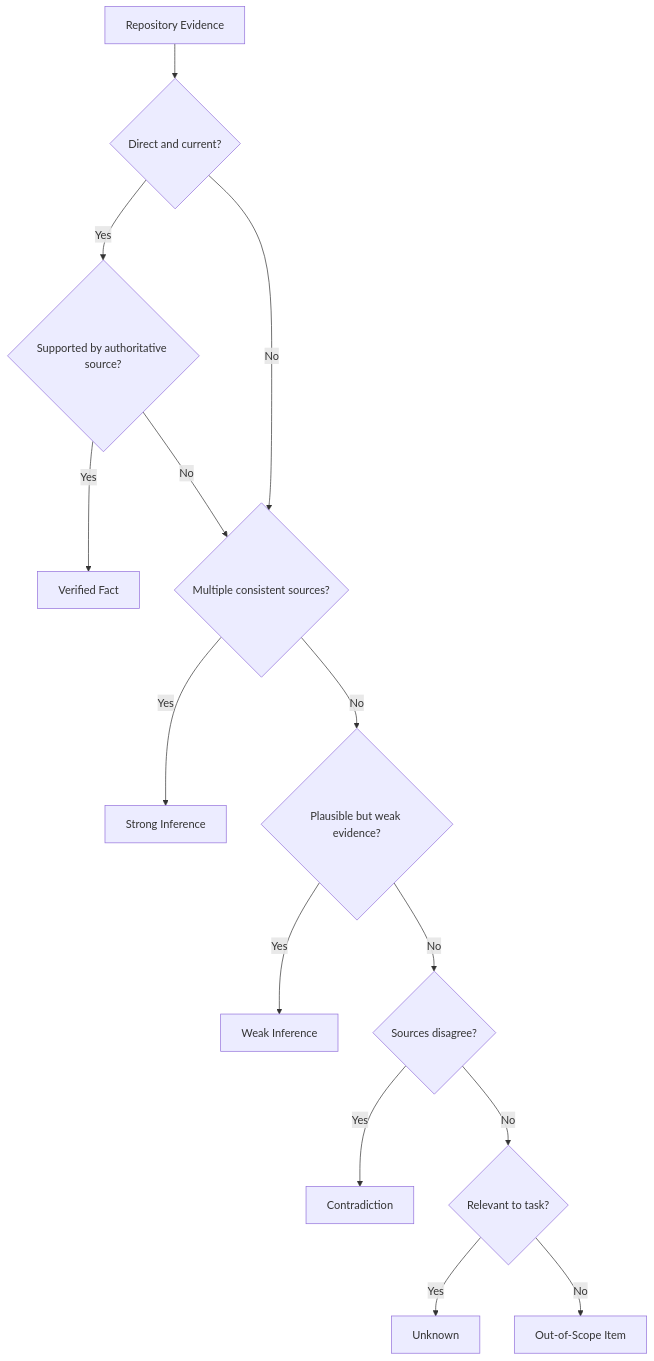
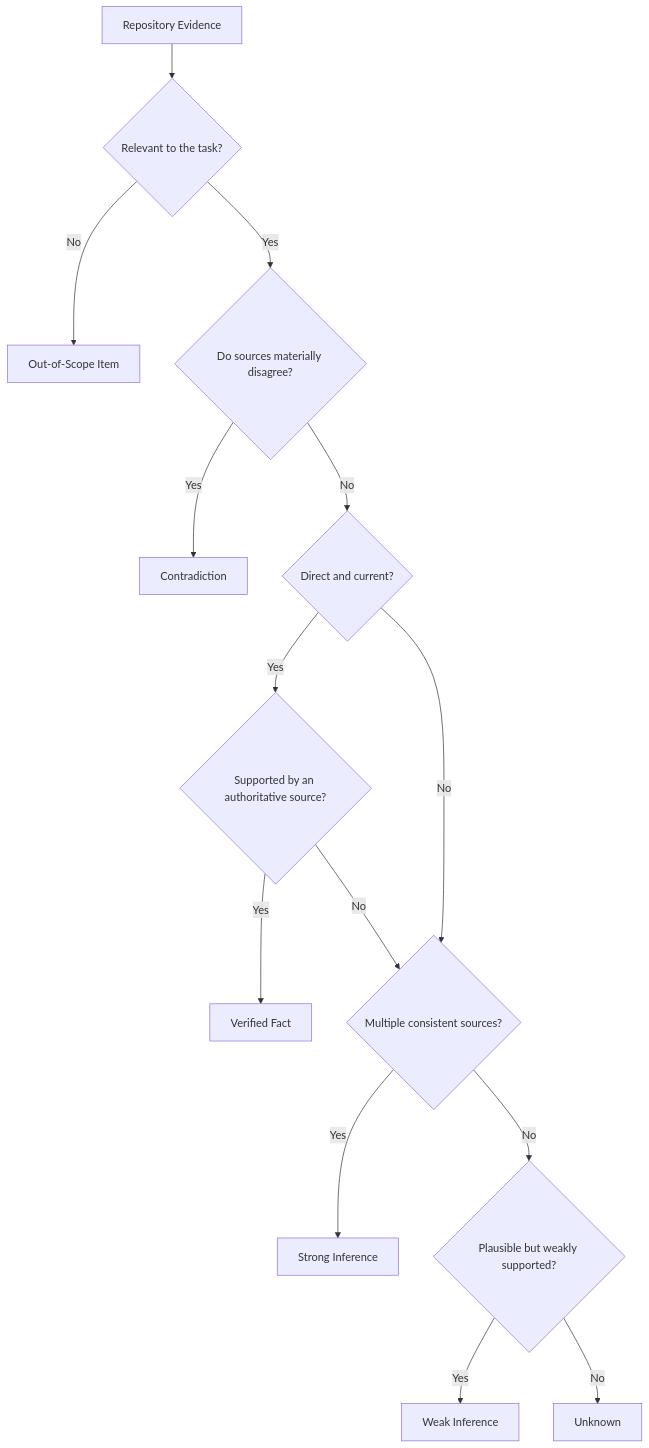
One commit to sheikh-zeeshan/Enterprise-AI-Engineering-Handbook changed the first of 7 diagrams in book/05-repository-discovery.md. Above: the diagram before and after it, drawn with Mermaid. The commit also changed other lines of this file and 49 other files, not shown here.

````diff
--- a/book/05-repository-discovery.md
+++ b/book/05-repository-discovery.md
@@ -430,16 +430,16 @@
 ```mermaid
 flowchart TD
-    A[Repository Evidence] --> B{Direct and current?}
-    B -->|Yes| C{Supported by authoritative source?}
+    A[Repository Evidence] --> K{"Relevant to the task?"}
+    K -->|No| M[Out-of-Scope Item]
+    K -->|Yes| I{"Do sources materially disagree?"}
+    I -->|Yes| J[Contradiction]
+    I -->|No| B{"Direct and current?"}
+    B -->|Yes| C{"Supported by an authoritative source?"}
     C -->|Yes| D[Verified Fact]
-    C -->|No| E{Multiple consistent sources?}
+    C -->|No| E{"Multiple consistent sources?"}
     B -->|No| E
     E -->|Yes| F[Strong Inference]
-    E -->|No| G{Plausible but weak evidence?}
+    E -->|No| G{"Plausible but weakly supported?"}
     G -->|Yes| H[Weak Inference]
-    G -->|No| I{Sources disagree?}
-    I -->|Yes| J[Contradiction]
-    I -->|No| K{Relevant to task?}
-    K -->|Yes| L[Unknown]
-    K -->|No| M[Out-of-Scope Item]
+    G -->|No| L[Unknown]
 ```
````
